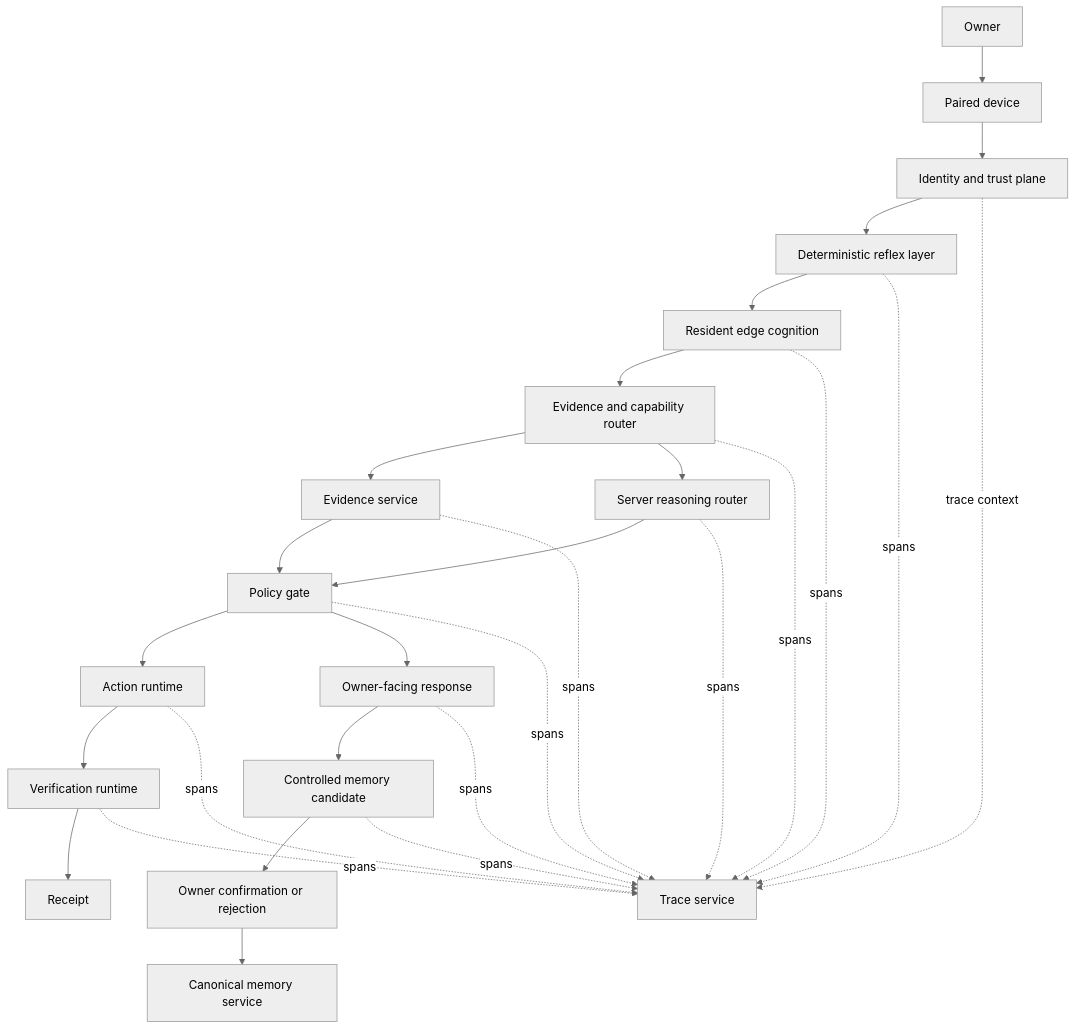
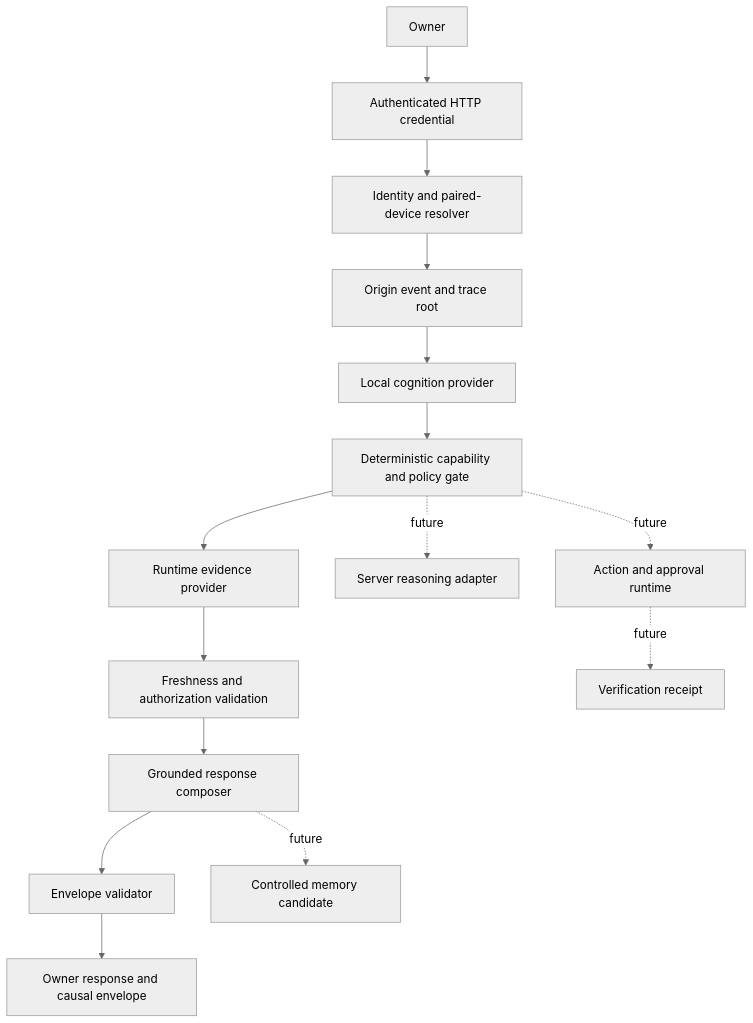
One commit to selmer512/mira changed the diagram in docs/greenfield/FOUNDATION.md. Above: the diagram before and after it, drawn with Mermaid (neutral theme). The commit also changed other lines of this file, not shown here.

Commit message:
docs(greenfield): document mounted authenticated vertical slice

````diff
--- a/docs/greenfield/FOUNDATION.md
+++ b/docs/greenfield/FOUNDATION.md
@@ -45,30 +76,17 @@
 ```mermaid
 flowchart TD
-  O[Owner] --> D[Paired device]
-  D --> I[Identity and trust plane]
-  I --> R[Deterministic reflex layer]
-  R --> E[Resident edge cognition]
-  E --> C[Evidence and capability router]
-  C --> ES[Evidence service]
-  C --> SR[Server reasoning router]
-  ES --> P[Policy gate]
-  SR --> P
-  P --> A[Action runtime]
-  A --> V[Verification runtime]
-  V --> RC[Receipt]
-  P --> RESP[Owner-facing response]
-  RESP --> MC[Controlled memory candidate]
-  MC --> CONF[Owner confirmation or rejection]
-  CONF --> MEM[Canonical memory service]
-  I -. trace context .-> T[Trace service]
-  R -. spans .-> T
-  E -. spans .-> T
-  C -. spans .-> T
-  ES -. spans .-> T
-  SR -. spans .-> T
-  P -. spans .-> T
-  A -. spans .-> T
-  V -. spans .-> T
-  RESP -. spans .-> T
-  MC -. spans .-> T
+  O[Owner] --> K[Authenticated HTTP credential]
+  K --> I[Identity and paired-device resolver]
+  I --> T[Origin event and trace root]
+  T --> R[Local cognition provider]
+  R --> P[Deterministic capability and policy gate]
+  P --> E[Runtime evidence provider]
+  E --> F[Freshness and authorization validation]
+  F --> RESP[Grounded response composer]
+  RESP --> V[Envelope validator]
+  V --> OUT[Owner response and causal envelope]
+  P -. future .-> SR[Server reasoning adapter]
+  P -. future .-> A[Action and approval runtime]
+  A -. future .-> VR[Verification receipt]
+  RESP -. future .-> M[Controlled memory candidate]
 ```
````
